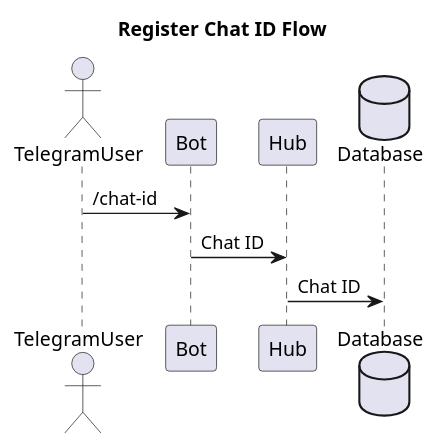
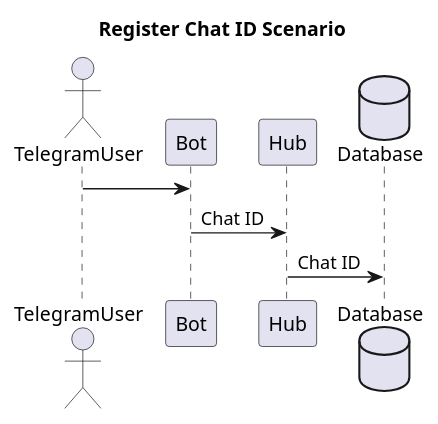
Before and after one commit to Blamer-io/docs: the diagram in diagrams/register-chat.puml, drawn with PlantUML. The commit also changed 3 other files, not shown here.

```diff
--- a/diagrams/register-chat.puml
+++ b/diagrams/register-chat.puml
@@ -1,11 +1,11 @@
 @startuml
-title Register Chat ID Flow
+title Register Chat ID Scenario
 actor       TelegramUser as user
 participant Bot as bot
 participant Hub as hub
 database    Database    as db
 
-user -> bot: /chat-id
+user -> bot
 bot -> hub: Chat ID
 hub -> db: Chat ID
 @enduml
```
